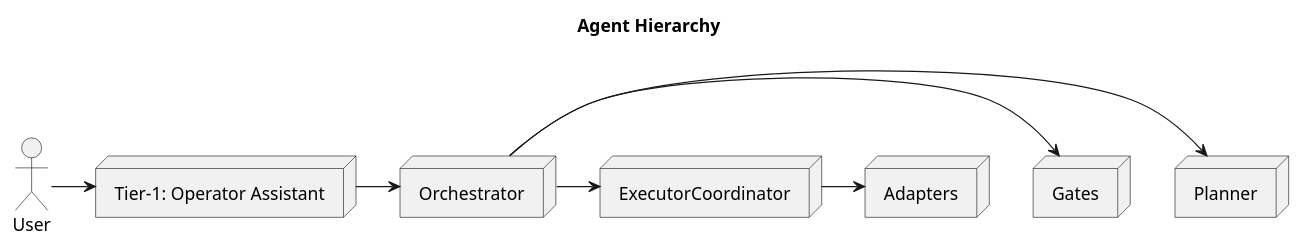
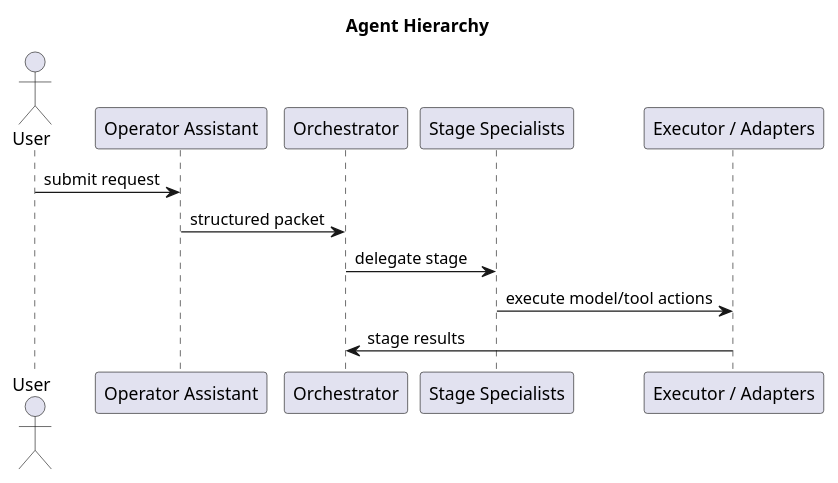
One commit to zseitz/PorePythonPeople changed the first of 2 diagrams in Docs/AGENT_ARCHITECTURE_SUMMARY.md. Above: the diagram before and after it, drawn with PlantUML. The commit also changed other lines of this file, not shown here.

Commit message:
updated agent architecture summary

````diff
--- a/Docs/AGENT_ARCHITECTURE_SUMMARY.md
+++ b/Docs/AGENT_ARCHITECTURE_SUMMARY.md
@@ -31,19 +42,16 @@
 ```plantuml
 @startuml
 title Agent Hierarchy
 actor User
-node Orchestrator
-node "Tier-1: Operator Assistant" as OA
-node Planner
-node Gates
-node ExecutorCoordinator as EC
-node Adapters
+participant "Operator Assistant" as OA
+participant Orchestrator
+participant "Stage Specialists" as Spec
+participant "Executor / Adapters" as Exec
 
-User -> OA
-OA -> Orchestrator
-Orchestrator -> Planner
-Orchestrator -> Gates
-Orchestrator -> EC
-EC -> Adapters
+User -> OA: submit request
+OA -> Orchestrator: structured packet
+Orchestrator -> Spec: delegate stage
+Spec -> Exec: execute model/tool actions
+Exec -> Orchestrator: stage results
 @enduml
 ```
````
